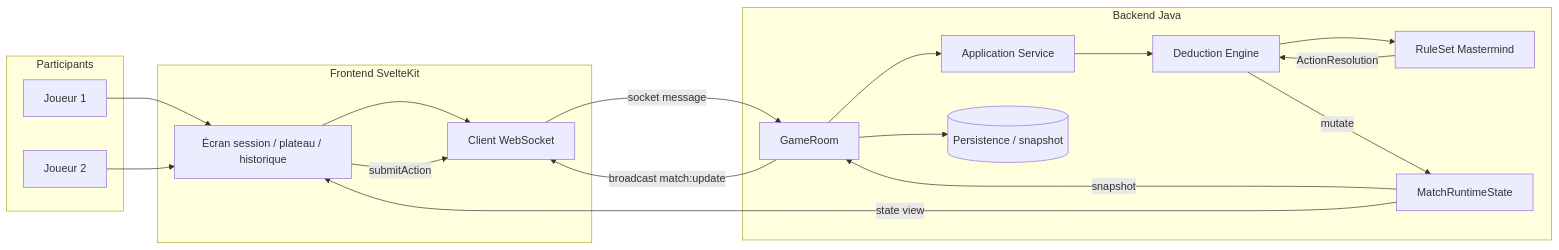
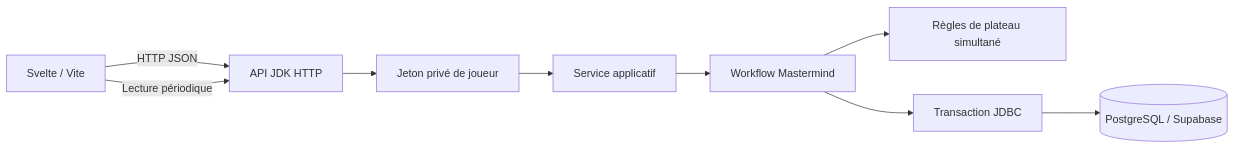
Before and after one commit to k1znoz/Mastermind_Arena: the diagram in docs/ARCHITECTURE_V2.md, drawn with Mermaid. The commit also changed other lines of this file and 54 other files, not shown here.

````diff
--- a/docs/ARCHITECTURE_V2.md
+++ b/docs/ARCHITECTURE_V2.md
@@ -213,38 +15,11 @@
 ```mermaid
 flowchart LR
-    subgraph Front[Frontend SvelteKit]
-        UI[Écran session / plateau / historique]
-        WSClient[Client WebSocket]
-        UI --> WSClient
-    end
-
-    subgraph Backend[Backend Java]
-        GR[GameRoom]
-        APP[Application Service]
-        ENG[Deduction Engine]
-        RS[RuleSet Mastermind]
-        MRS[MatchRuntimeState]
-        PERSIST[(Persistence / snapshot)]
-    end
-
-    subgraph Clients[Participants]
-        P1[Joueur 1]
-        P2[Joueur 2]
-    end
-
-    UI -->|submitAction| WSClient
-    WSClient -->|socket message| GR
-    GR --> APP
-    APP --> ENG
-    ENG --> RS
-    RS -->|ActionResolution| ENG
-    ENG -->|mutate| MRS
-    MRS -->|snapshot| GR
-    GR -->|broadcast match:update| WSClient
-    GR --> PERSIST
-
-    P1 --> UI
-    P2 --> UI
-
-    MRS -->|state view| UI
+    UI[Svelte / Vite] -->|HTTP JSON| API[API JDK HTTP]
+    API --> AUTH[Jeton privé de joueur]
+    AUTH --> APP[Service applicatif]
+    APP --> FLOW[Workflow Mastermind]
+    FLOW --> RULES[Règles de plateau simultané]
+    FLOW --> JDBC[Transaction JDBC]
+    JDBC --> DB[(PostgreSQL / Supabase)]
+    UI -->|Lecture périodique| API
 ```
````
